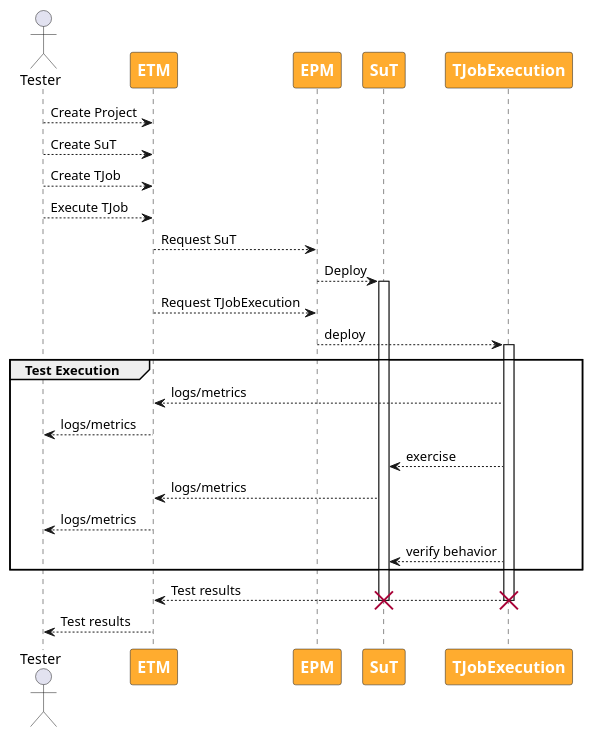
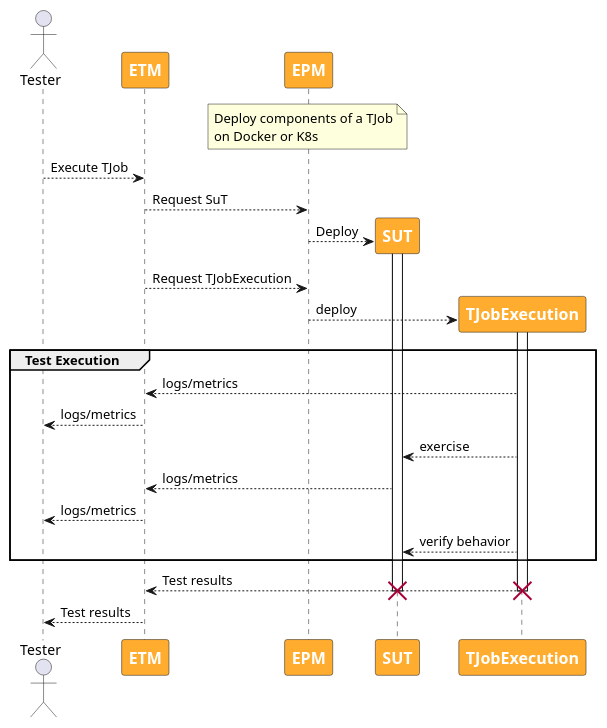
The diagram in UML/ETM/etm-sequence-tjob-execution-live.puml (elastest/elastest.io-docs), drawn with PlantUML before and after one commit.

Commit message:
Update diagram - Represent the Sut and TJobExcecution creation in the right time - Explain the EPM component

```diff
--- a/UML/ETM/etm-sequence-tjob-execution-live.puml
+++ b/UML/ETM/etm-sequence-tjob-execution-live.puml
@@ -1,53 +1,58 @@
 @startuml
 
 skinparam participant {
     FontSize 16
     FontStyle bold
     FontColor white
     BackgroundColor #ffac2f
     ArrowFontColor #333333
     ArrowThickness 2
 }
 
 ' Participants
 
 actor Tester
 participant ETM
 participant EPM
-participant SuT
+participant SUT
 participant TJobExecution
+
+' Notes over participants
+note over EPM
+   Deploy components of a TJob
+   on Docker or K8s
+end note
 
 ' Relations
 
-Tester --> ETM: Create Project
-Tester --> ETM: Create SuT
-Tester --> ETM: Create TJob
-
 Tester --> ETM: Execute TJob
 ETM --> EPM: Request SuT
-EPM --> SuT: Deploy
-activate SuT
+
+create SUT
+EPM --> SUT: Deploy
+activate SUT
 
 ETM --> EPM: Request TJobExecution
+create TJobExecution
 EPM --> TJobExecution: deploy
 activate TJobExecution
 
 group Test Execution
     TJobExecution --> ETM: logs/metrics
     ETM --> Tester: logs/metrics
-    TJobExecution --> SuT: exercise
+    TJobExecution --> SUT: exercise
 
-    SuT --> ETM: logs/metrics
+    SUT --> ETM: logs/metrics
     ETM --> Tester: logs/metrics
 
-    TJobExecution --> SuT: verify behavior
+    TJobExecution --> SUT: verify behavior
 end
 
 TJobExecution --> ETM: Test results
 destroy TJobExecution
-destroy SuT
+destroy SUT
 ETM --> Tester: Test results
 
 
 
 @enduml
```
